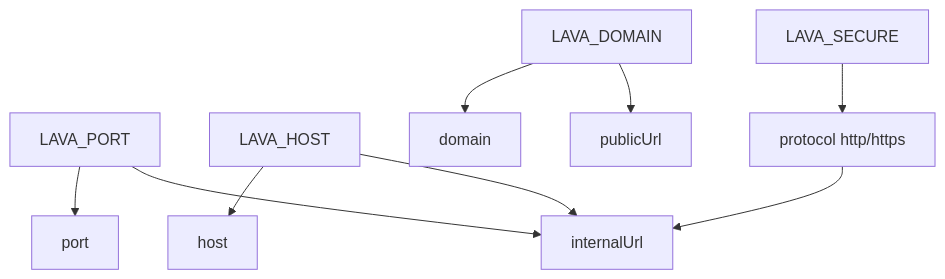
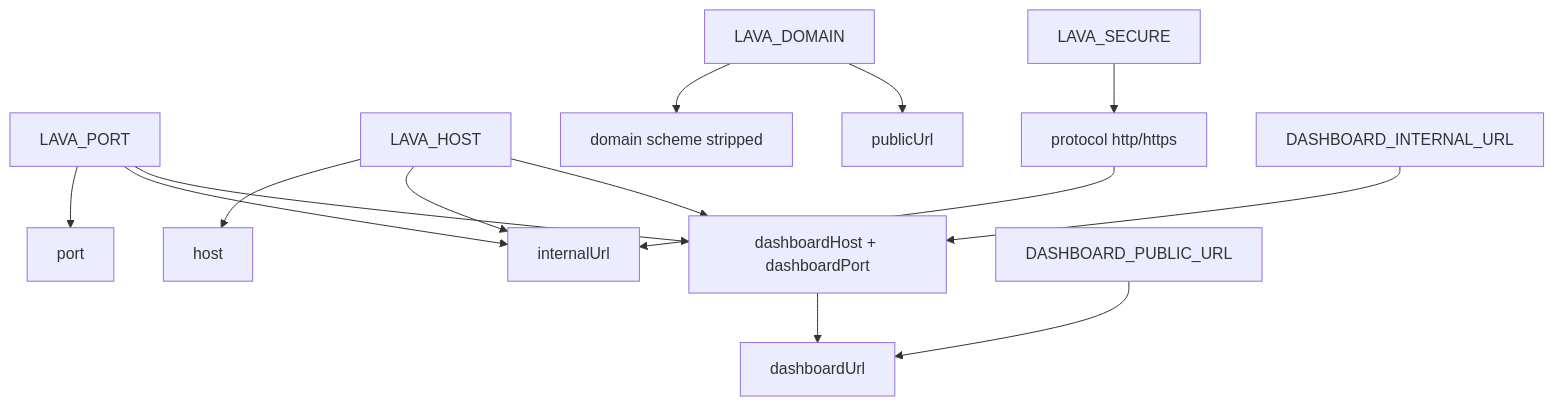
One commit to HELIX-Origin/Lavalink-Server changed the third of 4 diagrams in .agents/skills/config-management.md. Above: the diagram before and after it, drawn with Mermaid. The commit also changed other lines of this file and 18 other files, not shown here.

Commit message:
🔧 Separate dashboard URLs: DASHBOARD_PUBLIC_URL + DASHBOARD_INTERNAL_URL env vars, remove /dashboard route prefix

````diff
--- a/.agents/skills/config-management.md
+++ b/.agents/skills/config-management.md
@@ -99,10 +109,14 @@
 ```mermaid
 flowchart TD
     LAVA_PORT[LAVA_PORT] --> Port[port]
     LAVA_HOST[LAVA_HOST] --> Host[host]
-    LAVA_DOMAIN[LAVA_DOMAIN] --> Domain[domain]
+    LAVA_DOMAIN[LAVA_DOMAIN] --> Domain[domain scheme stripped]
     LAVA_DOMAIN --> PublicURL[publicUrl]
     LAVA_HOST & LAVA_PORT --> Internal[internalUrl]
     LAVA_SECURE[LAVA_SECURE] --> Proto[protocol http/https]
     Proto --> Internal
+    DASHBOARD_INTERNAL_URL[DASHBOARD_INTERNAL_URL] --> DashHost[dashboardHost + dashboardPort]
+    LAVA_HOST & LAVA_PORT --> DashHost
+    DASHBOARD_PUBLIC_URL[DASHBOARD_PUBLIC_URL] --> DashPublic[dashboardUrl]
+    DashHost --> DashPublic
 ```
````
